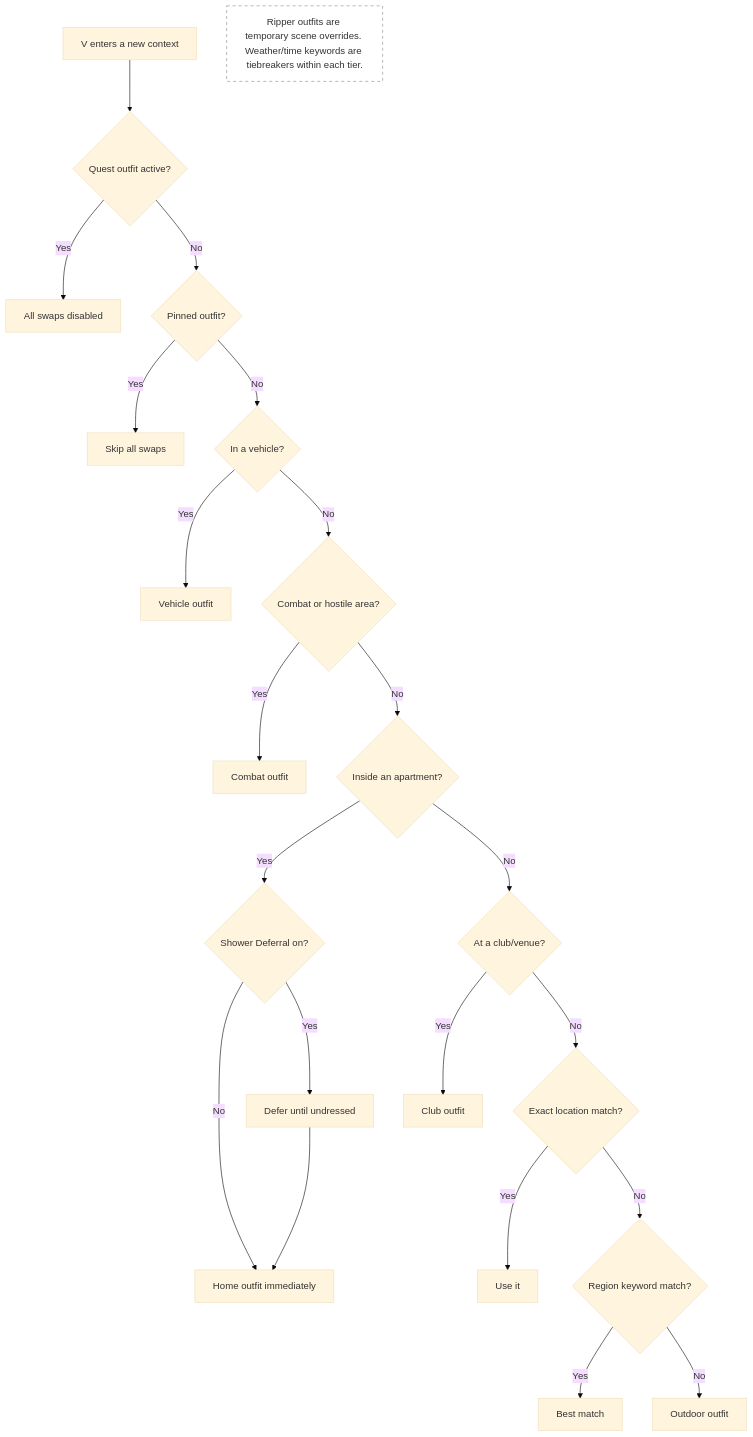
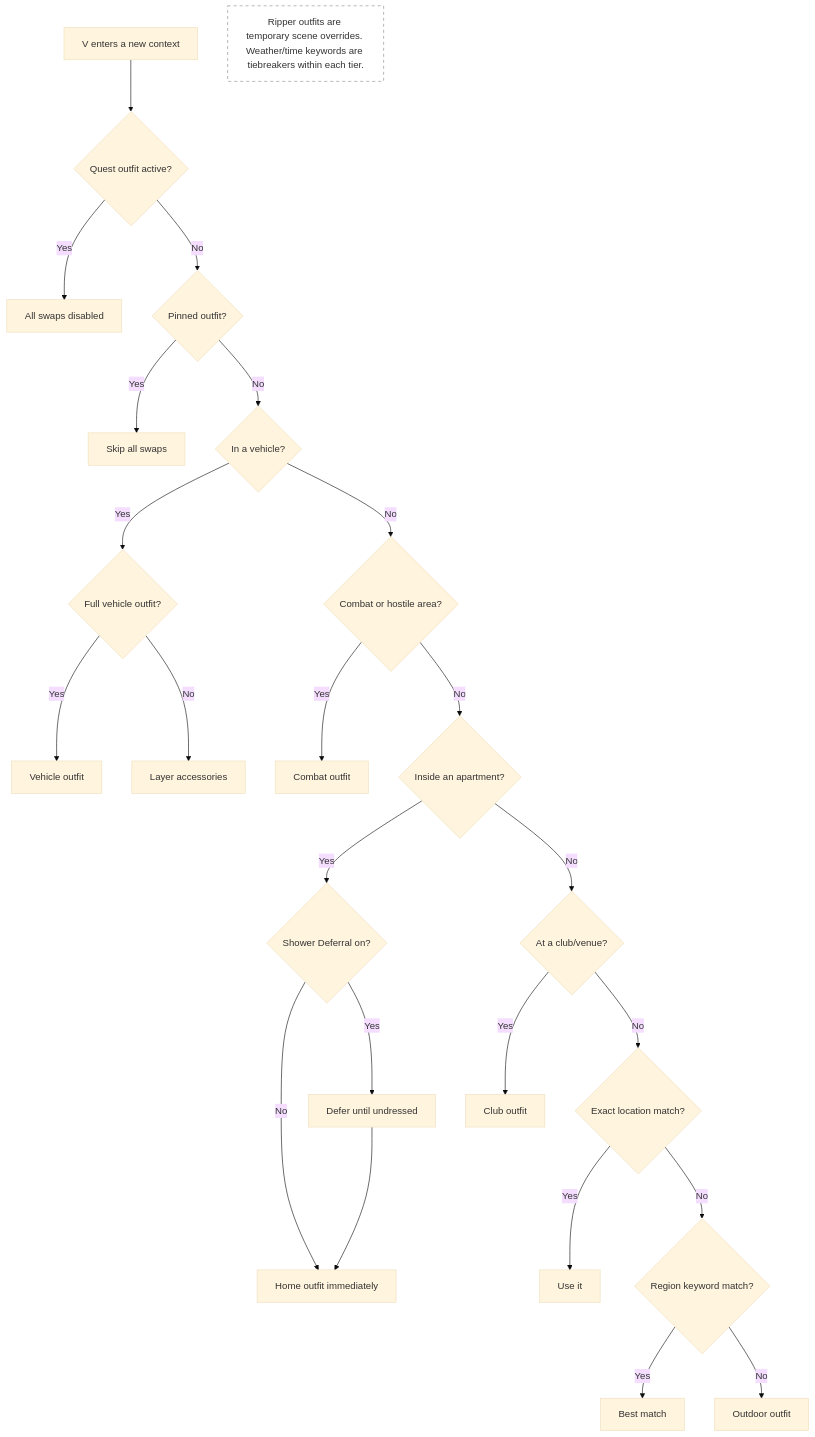
Before and after one commit to Yorivel/Dynamic-Wardrobe: the diagram in docs/priority.md, drawn with Mermaid (base theme). The commit also changed other lines of this file and 3 other files, not shown here.

````diff
--- a/docs/priority.md
+++ b/docs/priority.md
@@ -61,26 +61,28 @@
 ```mermaid
 flowchart TD
     A[V enters a new context] --> Q{Quest outfit active?}
     Q -- Yes --> R[All swaps disabled]
     Q -- No --> B{Pinned outfit?}
     B -- Yes --> C[Skip all swaps]
     B -- No --> V{In a vehicle?}
-    V -- Yes --> W[Vehicle outfit]
+    V -- Yes --> W{Full vehicle outfit?}
+    W -- Yes --> X[Vehicle outfit]
+    W -- No --> Y[Layer accessories]
     V -- No --> D{Combat or hostile area?}
     D -- Yes --> E[Combat outfit]
     D -- No --> F{Inside an apartment?}
     F -- Yes --> G{Shower Deferral on?}
     G -- No --> H[Home outfit immediately]
     G -- Yes --> I[Defer until undressed]
     I --> H
     F -- No --> P{At a club/venue?}
     P -- Yes --> S[Club outfit]
     P -- No --> J{Exact location match?}
     J -- Yes --> K[Use it]
     J -- No --> L{Region keyword match?}
     L -- Yes --> M[Best match]
     L -- No --> N[Outdoor outfit]
 
     style O fill:none,stroke:#888,stroke-dasharray: 5 5
     O["Ripper outfits are temporary scene overrides. Weather/time keywords are tiebreakers within each tier."]
 ```
````
